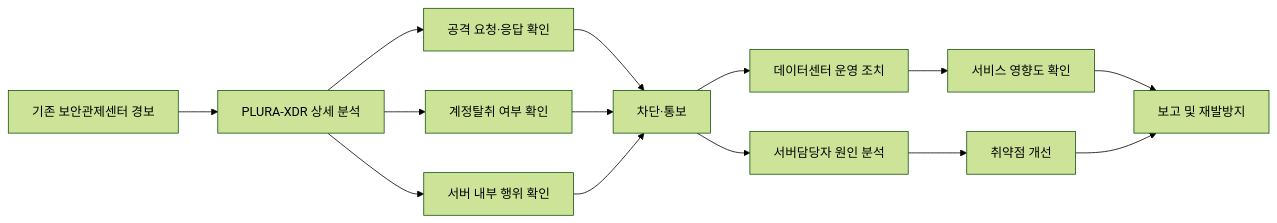
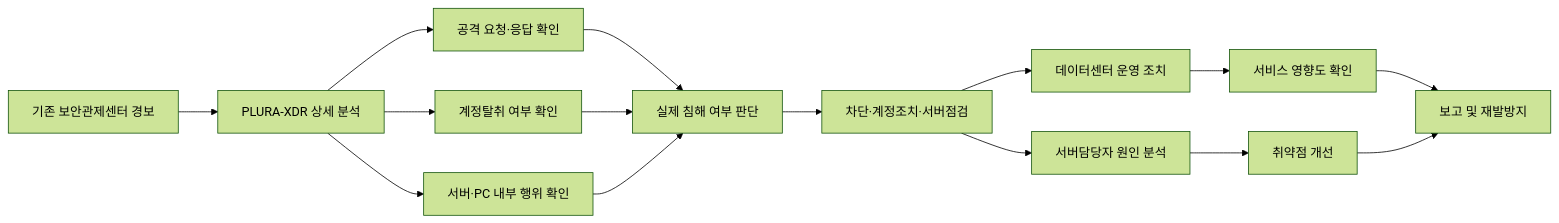
One commit to qubitsec/plura changed the fifth of 6 diagrams in ko/proposal/local-government/full.md. Above: the diagram before and after it, drawn with Mermaid (forest theme). The commit also changed other lines of this file, not shown here.

````diff
--- a/ko/proposal/local-government/full.md
+++ b/ko/proposal/local-government/full.md
@@ -427,16 +420,17 @@
 ```mermaid
 flowchart LR
     A[기존 보안관제센터 경보] --> B[PLURA-XDR 상세 분석]
     B --> C[공격 요청·응답 확인]
     B --> D[계정탈취 여부 확인]
-    B --> E[서버 내부 행위 확인]
-    C --> F[차단·통보]
+    B --> E[서버·PC 내부 행위 확인]
+    C --> F[실제 침해 여부 판단]
     D --> F
     E --> F
-    F --> G[데이터센터 운영 조치]
-    F --> H[서버담당자 원인 분석]
-    G --> I[서비스 영향도 확인]
-    H --> J[취약점 개선]
-    I --> K[보고 및 재발방지]
-    J --> K
+    F --> G[차단·계정조치·서버점검]
+    G --> H[데이터센터 운영 조치]
+    G --> I[서버담당자 원인 분석]
+    H --> J[서비스 영향도 확인]
+    I --> K[취약점 개선]
+    J --> L[보고 및 재발방지]
+    K --> L
 ```
````
